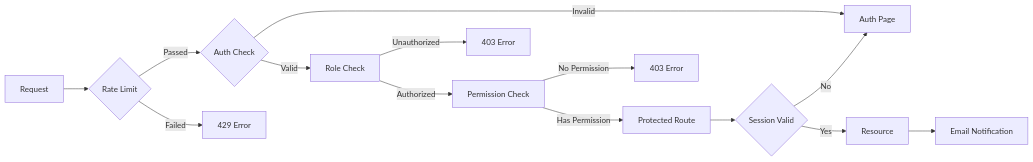
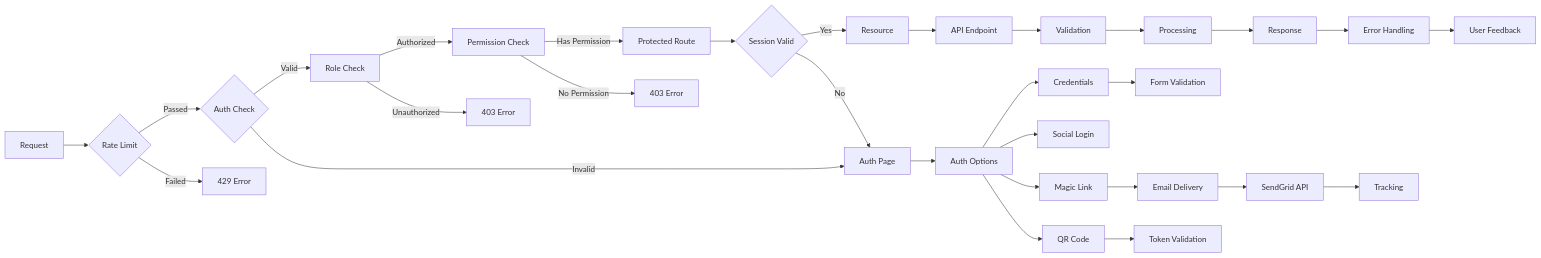
Before and after one commit to mrj0nesmtl/cloud-burst: the third of 5 diagrams in docs/user-flows/user_flow_overview.md, drawn with Mermaid. The commit also changed other lines of this file and 42 other files, not shown here.

````diff
--- a/docs/user-flows/user_flow_overview.md
+++ b/docs/user-flows/user_flow_overview.md
@@ -119,16 +142,33 @@
 ```mermaid
 flowchart LR
     A[Request] --> B{Rate Limit}
     B -->|Passed| C{Auth Check}
     B -->|Failed| D[429 Error]
     C -->|Valid| E[Role Check]
     C -->|Invalid| F[Auth Page]
     E -->|Authorized| G[Permission Check]
     E -->|Unauthorized| H[403 Error]
     G -->|Has Permission| I[Protected Route]
     G -->|No Permission| J[403 Error]
     I --> K{Session Valid}
     K -->|Yes| L[Resource]
     K -->|No| F
-    L --> M[Email Notification]
+    L --> M[API Endpoint]
+    M --> N[Validation]
+    N --> O[Processing]
+    O --> P[Response]
+    P --> Q[Error Handling]
+    Q --> R[User Feedback]
+    
+    F --> S[Auth Options]
+    S --> T[Credentials]
+    S --> U[Social Login]
+    S --> V[Magic Link]
+    S --> W[QR Code]
+    
+    T --> X[Form Validation]
+    V --> Y[Email Delivery]
+    Y --> Z[SendGrid API]
+    Z --> AA[Tracking]
+    W --> AB[Token Validation]
 ```
````
